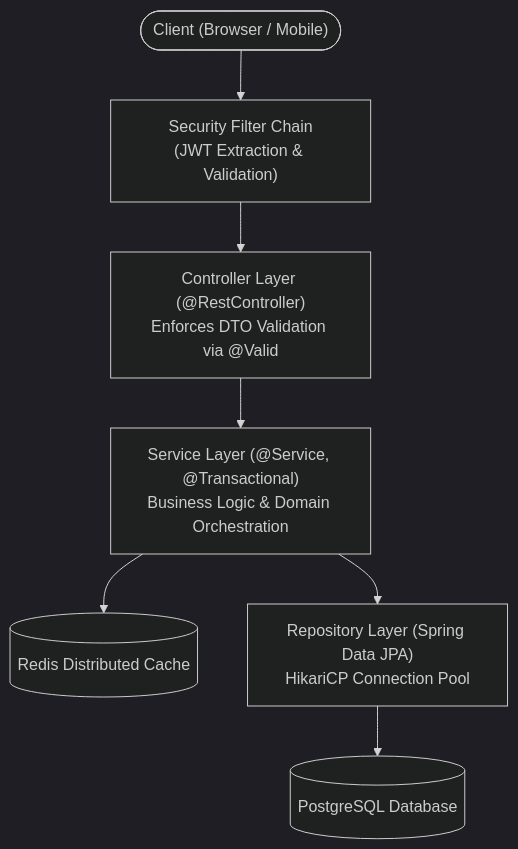
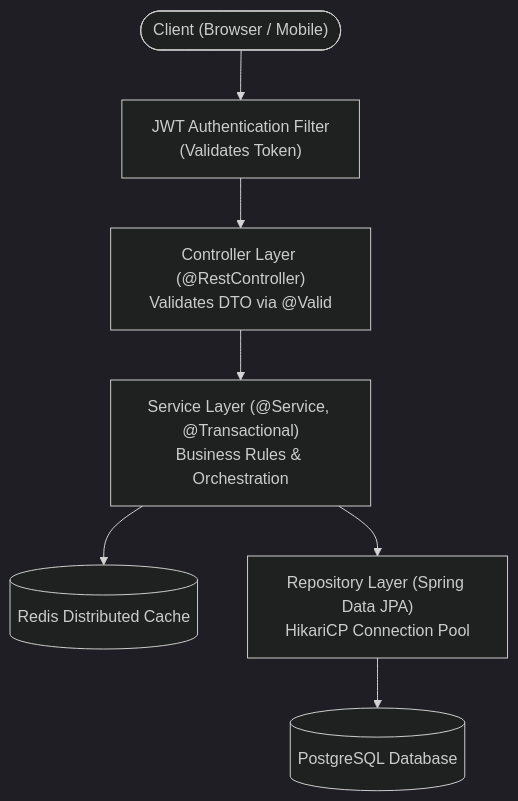
One commit to rohithgowda18/Notes changed diagram 16 of 21 in 06-Java-and-Spring-Boot/Spring Boot Interview Guide.md. Above: the diagram before and after it, drawn with Mermaid (dark theme). The commit also changed other lines of this file, not shown here.

````diff
--- a/06-Java-and-Spring-Boot/Spring Boot Interview Guide.md
+++ b/06-Java-and-Spring-Boot/Spring Boot Interview Guide.md
@@ -1305,9 +1013,9 @@
 ```mermaid
 flowchart TD
-    Client(["Client (Browser / Mobile)"]) --> Gateway["Security Filter Chain<br/>(JWT Extraction & Validation)"]
-    Gateway --> Controller["Controller Layer (@RestController)<br/>Enforces DTO Validation via @Valid"]
-    Controller --> Service["Service Layer (@Service, @Transactional)<br/>Business Logic & Domain Orchestration"]
+    Client(["Client (Browser / Mobile)"]) --> Gateway["JWT Authentication Filter<br/>(Validates Token)"]
+    Gateway --> Controller["Controller Layer (@RestController)<br/>Validates DTO via @Valid"]
+    Controller --> Service["Service Layer (@Service, @Transactional)<br/>Business Rules & Orchestration"]
     Service --> Cache[("Redis Distributed Cache")]
     Service --> Repo["Repository Layer (Spring Data JPA)<br/>HikariCP Connection Pool"]
     Repo --> DB[("PostgreSQL Database")]
 ```
````
